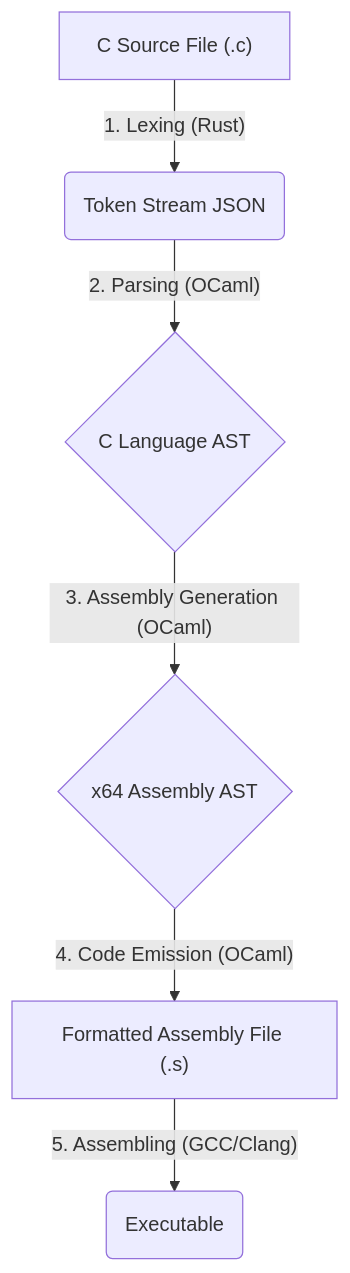
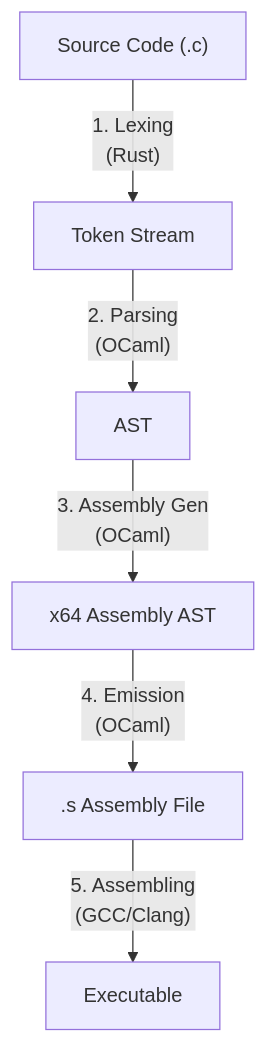
Before and after one commit to 0bVdnt/obv_parser: the diagram in README.md, drawn with Mermaid.

````diff
--- a/README.md
+++ b/README.md
@@ -43,8 +43,8 @@
 ```mermaid
-graph TD;
-    A["C Source File (.c)"] -->|"1. Lexing (Rust)"| B("Token Stream JSON");
-    B -->|"2. Parsing (OCaml)"| C{"C Language AST"};
-    C -->|"3. Assembly Generation (OCaml)"| D{"x64 Assembly AST"};
-    D -->|"4. Code Emission (OCaml)"| E["Formatted Assembly File (.s)"];
-    E -->|"5. Assembling (GCC/Clang)"| F("Executable");
+graph TD
+    A["Source Code (.c)"] -->|"1. Lexing\n(Rust)"| B["Token Stream"];
+    B -->|"2. Parsing\n(OCaml)"| C["AST"];
+    C -->|"3. Assembly Gen\n(OCaml)"| D["x64 Assembly AST"];
+    D -->|"4. Emission\n(OCaml)"| E[".s Assembly File"];
+    E -->|"5. Assembling\n(GCC/Clang)"| F["Executable"];
 ```
````
